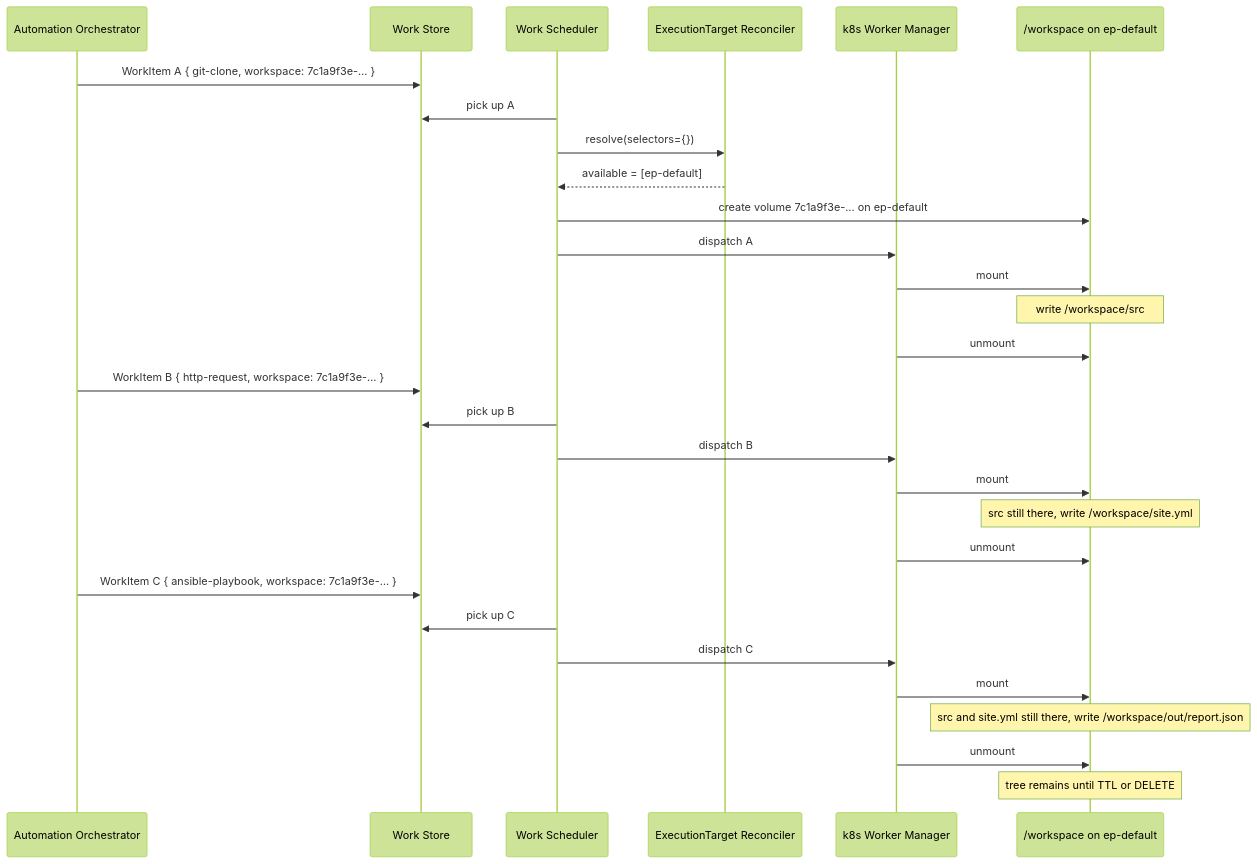
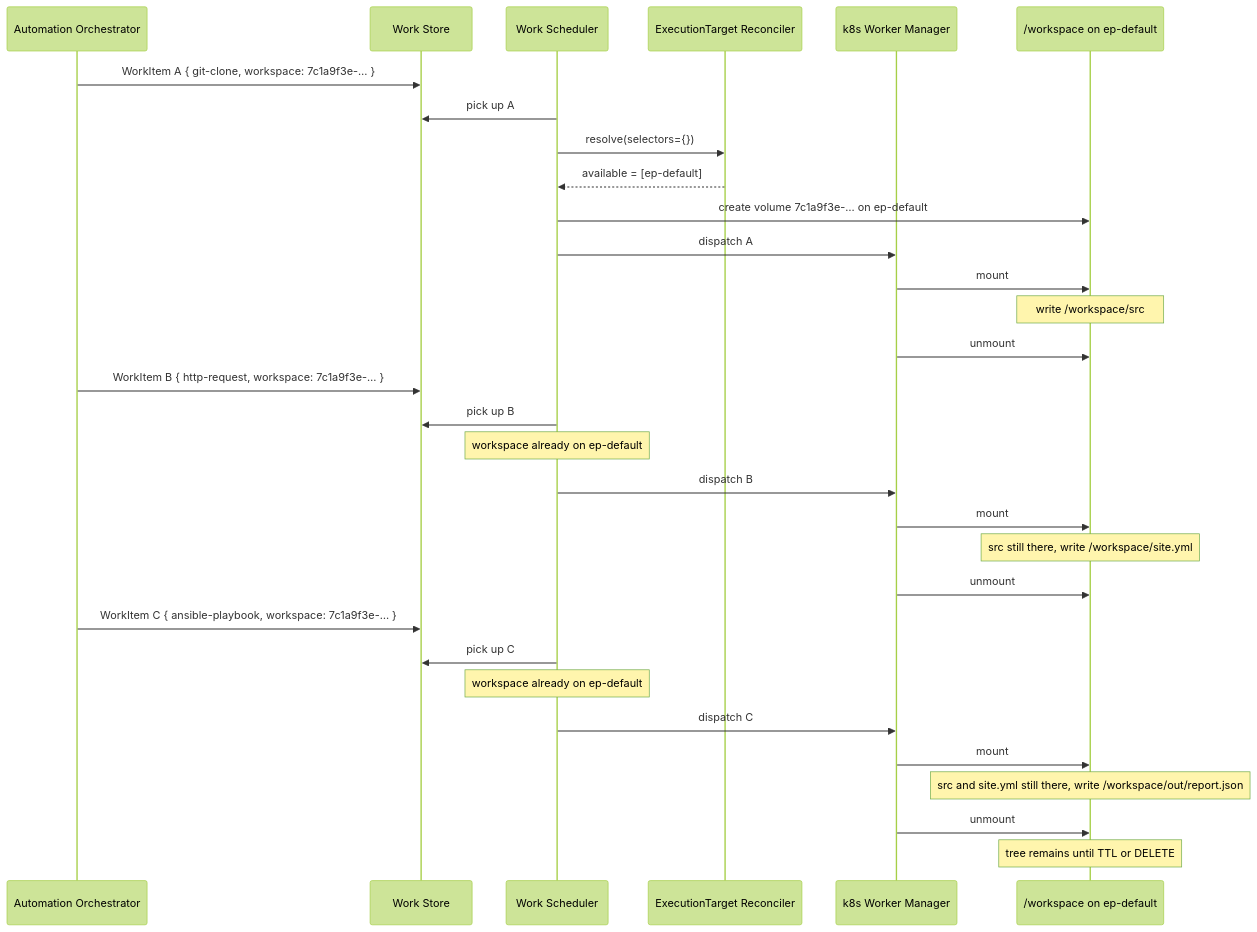
One commit to syntara-orchestration/syntara changed the diagram in backend/docs/execution-plane/examples/02-data-sharing-with-workspace.md. Above: the diagram before and after it, drawn with Mermaid (forest theme). The commit also changed other lines of this file and 2 other files, not shown here.

````diff
--- a/backend/docs/execution-plane/examples/02-data-sharing-with-workspace.md
+++ b/backend/docs/execution-plane/examples/02-data-sharing-with-workspace.md
@@ -200,35 +223,37 @@
 ```mermaid
 sequenceDiagram
     participant AO as Automation Orchestrator
     participant WS as Work Store
     participant Sch as Work Scheduler
     participant ETR as ExecutionTarget Reconciler
     participant WM as k8s Worker Manager
     participant Vol as /workspace on ep-default
 
     AO->>WS: WorkItem A { git-clone, workspace: 7c1a9f3e-… }
     Sch->>WS: pick up A
     Sch->>ETR: resolve(selectors={})
     ETR-->>Sch: available = [ep-default]
     Sch->>Vol: create volume 7c1a9f3e-… on ep-default
     Sch->>WM: dispatch A
     WM->>Vol: mount
     Note over Vol: write /workspace/src
     WM->>Vol: unmount
 
     AO->>WS: WorkItem B { http-request, workspace: 7c1a9f3e-… }
     Sch->>WS: pick up B
+    Note over Sch: workspace already on ep-default
     Sch->>WM: dispatch B
     WM->>Vol: mount
     Note over Vol: src still there, write /workspace/site.yml
     WM->>Vol: unmount
 
     AO->>WS: WorkItem C { ansible-playbook, workspace: 7c1a9f3e-… }
     Sch->>WS: pick up C
+    Note over Sch: workspace already on ep-default
     Sch->>WM: dispatch C
     WM->>Vol: mount
     Note over Vol: src and site.yml still there, write /workspace/out/report.json
     WM->>Vol: unmount
 
     Note over Vol: tree remains until TTL or DELETE
 ```
````
